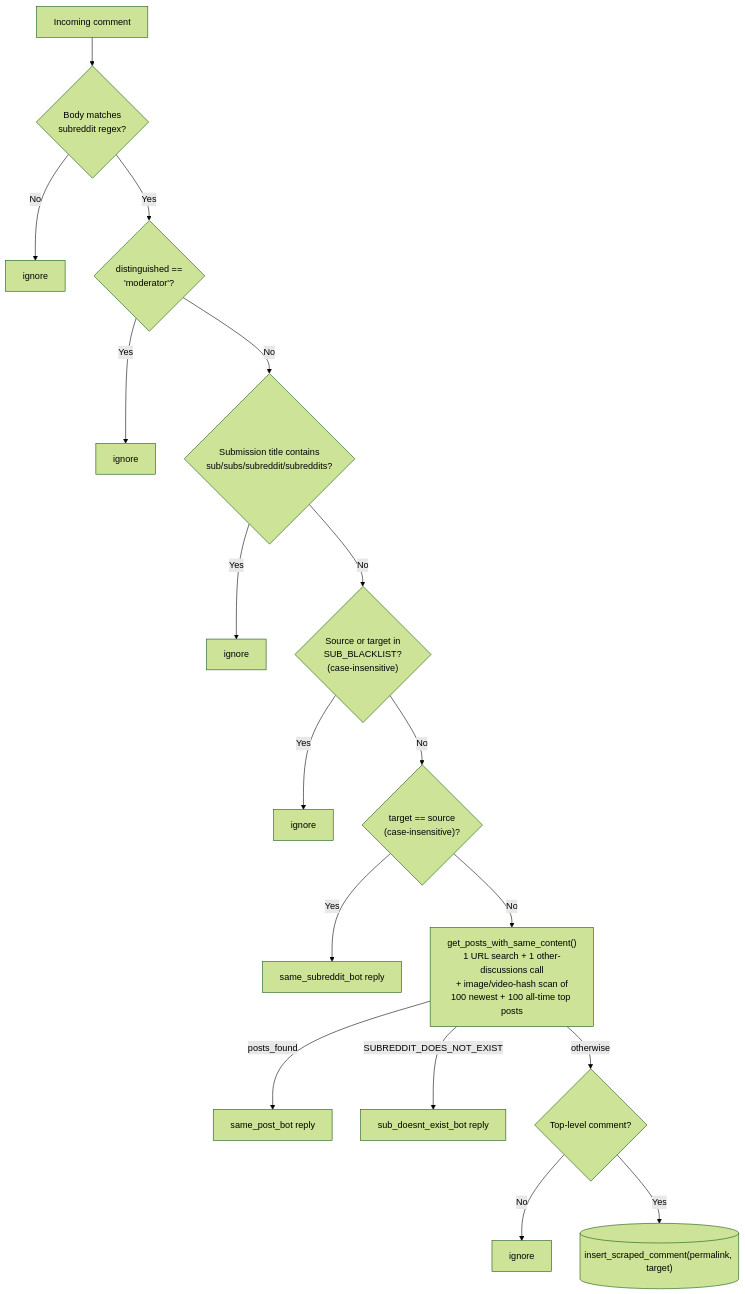
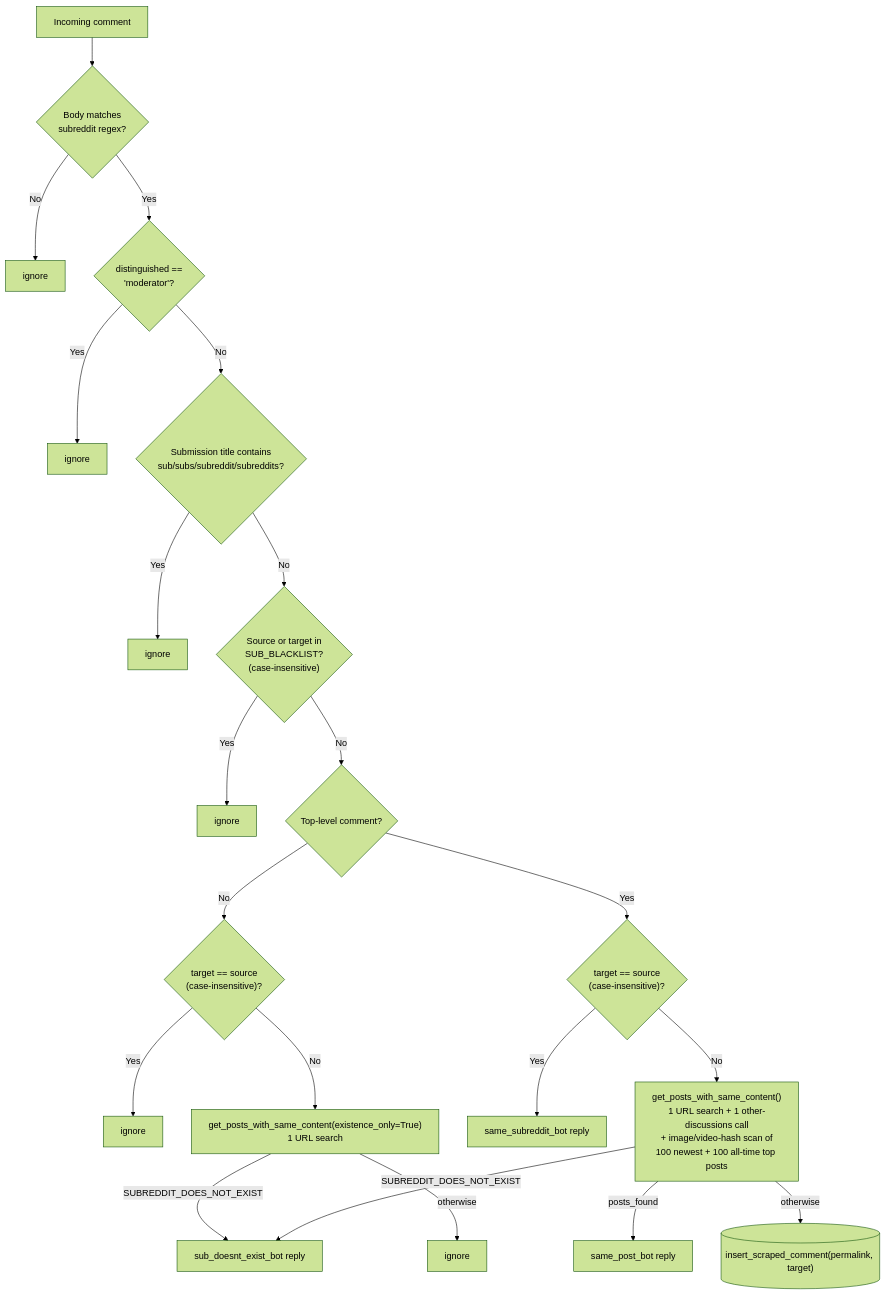
The second of 4 diagrams in AGENTS.md (Toldry/RedditAutoCrosspostBot), drawn with Mermaid (forest theme) before and after one commit. The commit also changed other lines of this file and 3 other files, not shown here.

First line of the commit message:
fix: only sub_doesnt_exist_bot answers nested comments

````diff
--- a/AGENTS.md
+++ b/AGENTS.md
@@ -82,19 +86,23 @@
 ```mermaid
 flowchart TD
     S["Incoming comment"] --> R{"Body matches\nsubreddit regex?"}
     R -->|No| X1["ignore"]
     R -->|Yes| M{"distinguished ==\n'moderator'?"}
     M -->|Yes| X2["ignore"]
     M -->|No| T{"Submission title contains\nsub/subs/subreddit/subreddits?"}
     T -->|Yes| X3["ignore"]
     T -->|No| BL{"Source or target in\nSUB_BLACKLIST?\n(case-insensitive)"}
     BL -->|Yes| X4["ignore"]
-    BL -->|No| SS{"target == source\n(case-insensitive)?"}
+    BL -->|No| TL{"Top-level comment?"}
+    TL -->|No| SSN{"target == source\n(case-insensitive)?"}
+    SSN -->|Yes| X5["ignore"]
+    SSN -->|No| EX["get_posts_with_same_content(existence_only=True)\n1 URL search"]
+    EX -->|SUBREDDIT_DOES_NOT_EXIST| A3
+    EX -->|otherwise| X6["ignore"]
+    TL -->|Yes| SS{"target == source\n(case-insensitive)?"}
     SS -->|Yes| A1["same_subreddit_bot reply"]
     SS -->|No| DUP["get_posts_with_same_content()\n1 URL search + 1 other-discussions call\n+ image/video-hash scan of\n100 newest + 100 all-time top posts"]
     DUP -->|posts_found| A2["same_post_bot reply"]
     DUP -->|SUBREDDIT_DOES_NOT_EXIST| A3["sub_doesnt_exist_bot reply"]
-    DUP -->|otherwise| TL{"Top-level comment?"}
-    TL -->|No| X5["ignore"]
-    TL -->|Yes| DB[("insert_scraped_comment(permalink, target)")]
+    DUP -->|otherwise| DB[("insert_scraped_comment(permalink, target)")]
 ```
````
